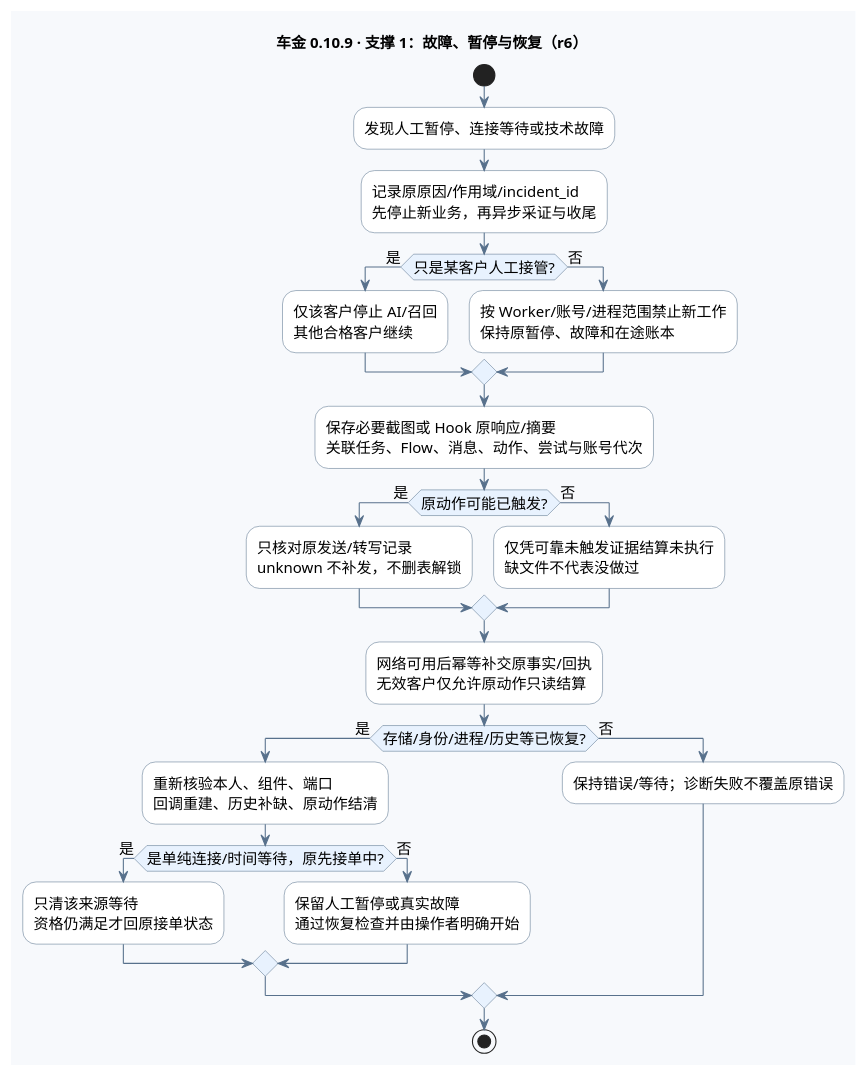
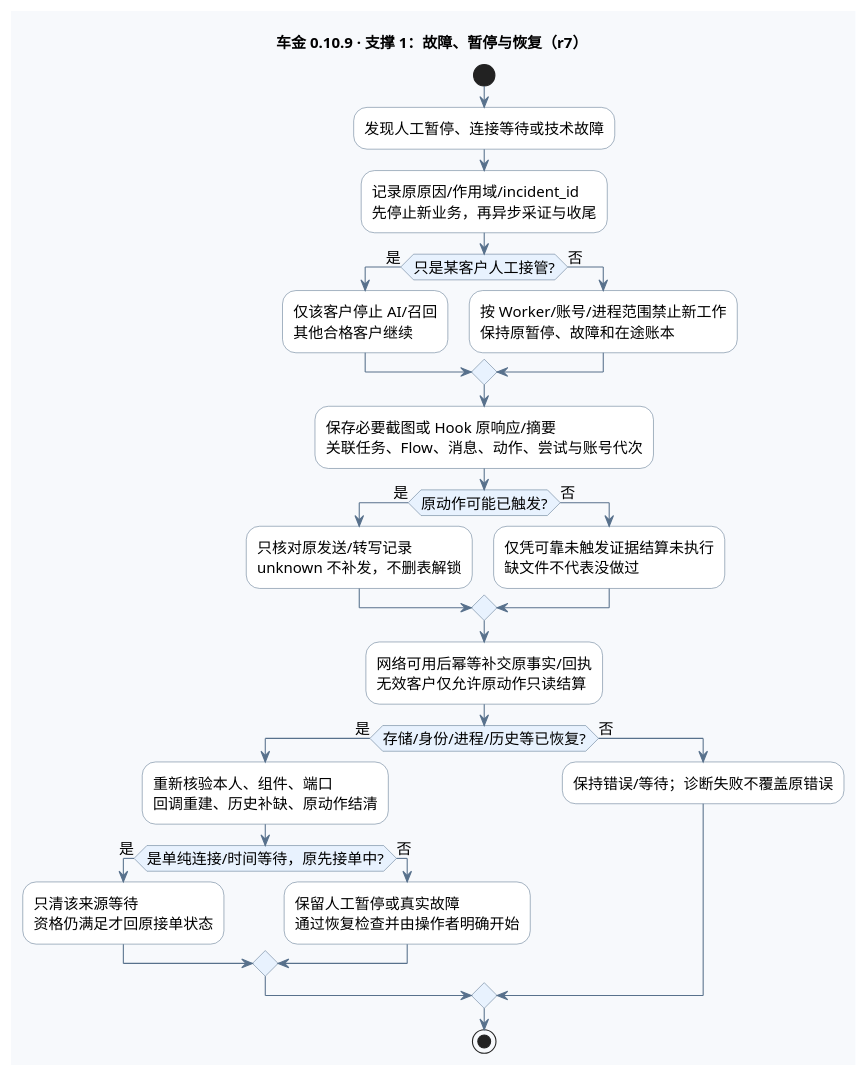
One commit to edwardzhang0304/chejin-ai-sales changed the second of 6 diagrams in deliverables/AI智能客服售前跟进系统_全流程图_v0.10.9.puml. Above: the diagram before and after it, drawn with PlantUML. The commit also changed other lines of this file and 25 other files, not shown here.

```diff
--- a/deliverables/AI智能客服售前跟进系统_全流程图_v0.10.9.puml
+++ b/deliverables/AI智能客服售前跟进系统_全流程图_v0.10.9.puml
@@ -202,51 +212,51 @@
 @startuml fault
 !pragma layout smetana
 skinparam defaultFontName "PingFang SC"
 skinparam defaultFontSize 14
 skinparam backgroundColor #F7F9FC
 skinparam shadowing false
 skinparam activityBackgroundColor #FFFFFF
 skinparam activityBorderColor #58718C
 skinparam activityDiamondBackgroundColor #E8F2FE
 skinparam activityDiamondBorderColor #58718C
 skinparam ArrowColor #58718C
 skinparam noteBackgroundColor #FFF4D9
 skinparam noteBorderColor #CDA556
-title 车金 0.10.9 · 支撑 1：故障、暂停与恢复（r6）
+title 车金 0.10.9 · 支撑 1：故障、暂停与恢复（r7）
 start
 :发现人工暂停、连接等待或技术故障;
 :记录原原因/作用域/incident_id
 先停止新业务，再异步采证与收尾;
 if (只是某客户人工接管?) then (是)
   :仅该客户停止 AI/召回
 其他合格客户继续;
 else (否)
   :按 Worker/账号/进程范围禁止新工作
 保持原暂停、故障和在途账本;
 endif
 :保存必要截图或 Hook 原响应/摘要
 关联任务、Flow、消息、动作、尝试与账号代次;
 if (原动作可能已触发?) then (是)
   :只核对原发送/转写记录
 unknown 不补发，不删表解锁;
 else (否)
   :仅凭可靠未触发证据结算未执行
 缺文件不代表没做过;
 endif
 :网络可用后幂等补交原事实/回执
 无效客户仅允许原动作只读结算;
 if (存储/身份/进程/历史等已恢复?) then (是)
   :重新核验本人、组件、端口
 回调重建、历史补缺、原动作结清;
   if (是单纯连接/时间等待，原先接单中?) then (是)
     :只清该来源等待
 资格仍满足才回原接单状态;
   else (否)
     :保留人工暂停或真实故障
 通过恢复检查并由操作者明确开始;
   endif
 else (否)
   :保持错误/等待；诊断失败不覆盖原错误;
 endif
 stop
 @enduml
```
